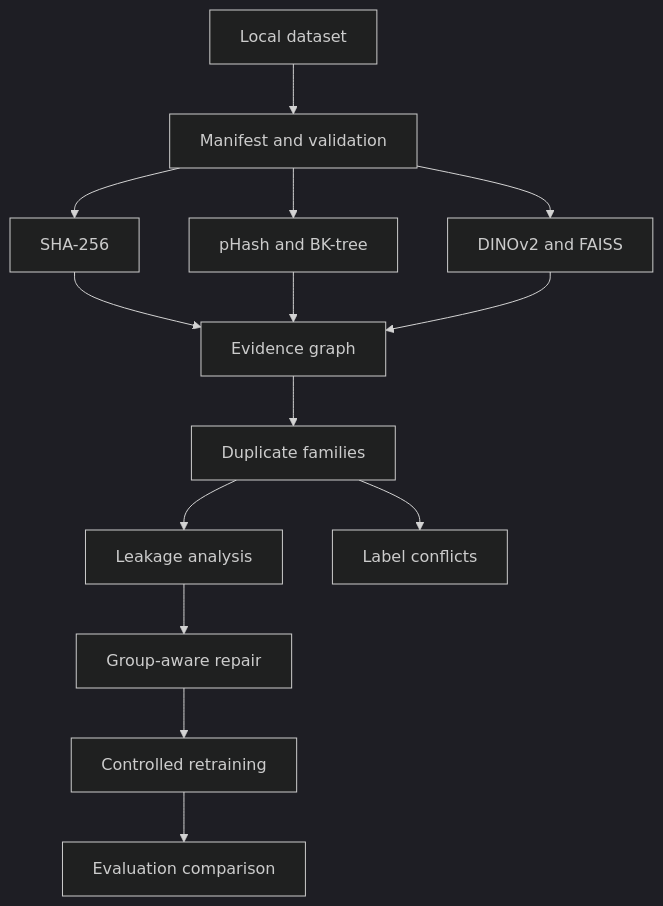
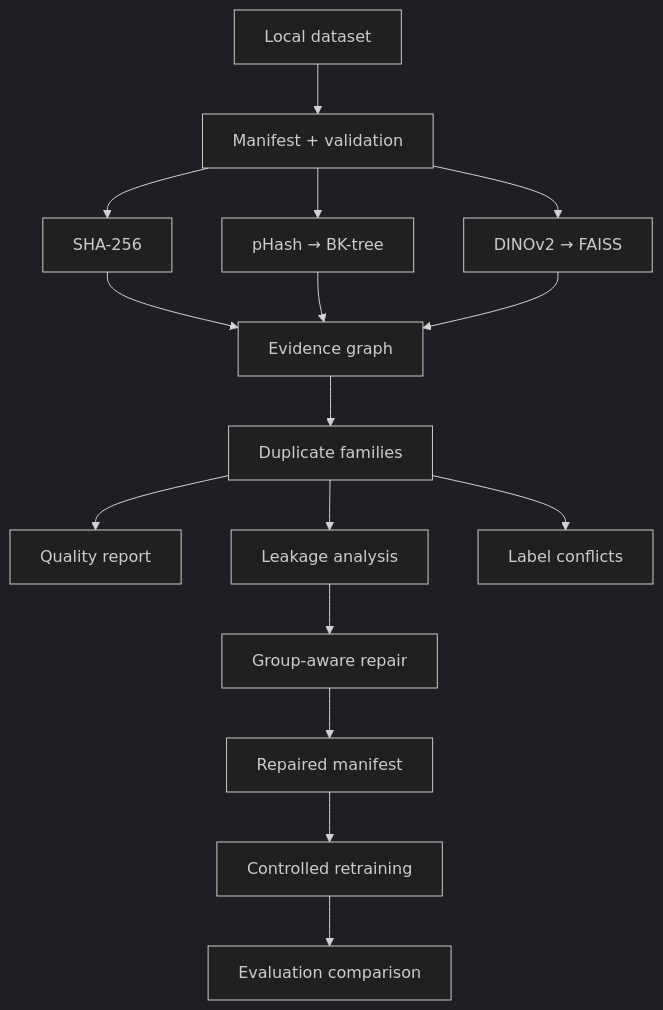
Before and after one commit to Sahil-Arifi/splitguard-vision: the diagram in README.md, drawn with Mermaid (dark theme). The commit also changed other lines of this file and 1 other file, not shown here.

````diff
--- a/README.md
+++ b/README.md
@@ -15,16 +38,18 @@
 ```mermaid
 flowchart TD
-    D[Local dataset] --> M[Manifest and validation]
+    D[Local dataset] --> M[Manifest + validation]
     M --> S[SHA-256]
-    M --> P[pHash and BK-tree]
-    M --> E[DINOv2 and FAISS]
+    M --> P[pHash → BK-tree]
+    M --> E[DINOv2 → FAISS]
     S --> G[Evidence graph]
     P --> G
     E --> G
     G --> F[Duplicate families]
+    F --> Q[Quality report]
     F --> L[Leakage analysis]
     F --> C[Label conflicts]
     L --> R[Group-aware repair]
-    R --> X[Controlled retraining]
-    X --> Q[Evaluation comparison]
+    R --> RM[Repaired manifest]
+    RM --> X[Controlled retraining]
+    X --> EC[Evaluation comparison]
 ```
````
